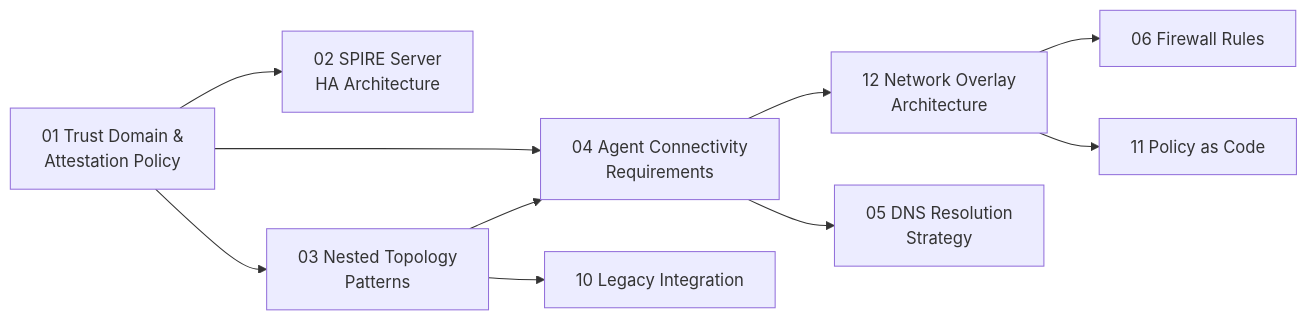
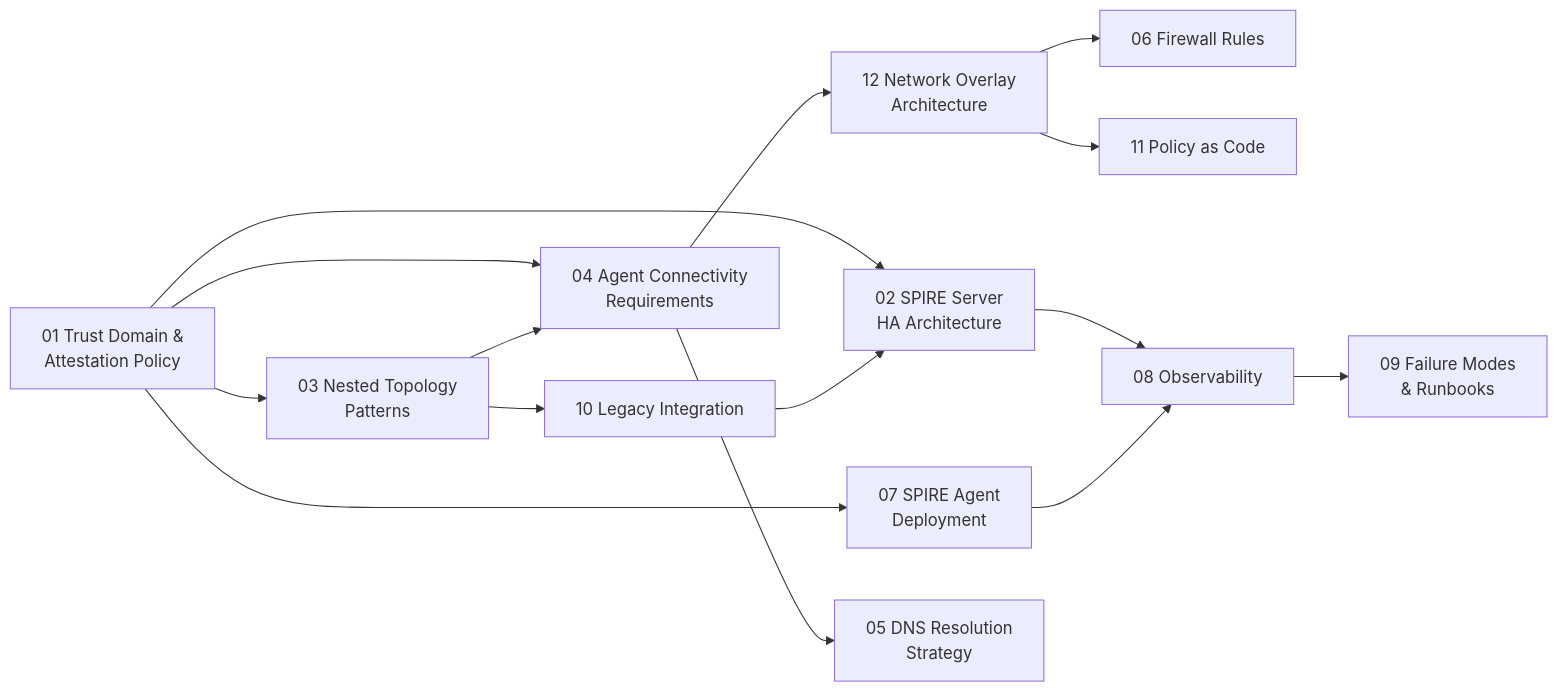
Before and after one commit to wingnut128/wa-docs: the diagram in docs/reading-order.md, drawn with Mermaid. The commit also changed other lines of this file and 21 other files, not shown here.

First line of the commit message:
Write full content for all reference architecture and PoC documents

````diff
--- a/docs/reading-order.md
+++ b/docs/reading-order.md
@@ -77,12 +77,17 @@
 ```mermaid
 graph LR
     A["01 Trust Domain &<br>Attestation Policy"] --> B["02 SPIRE Server<br>HA Architecture"]
     A --> C["03 Nested Topology<br>Patterns"]
     A --> D["04 Agent Connectivity<br>Requirements"]
+    A --> J["07 SPIRE Agent<br>Deployment"]
     C --> D
     D --> E["12 Network Overlay<br>Architecture"]
     E --> F["06 Firewall Rules"]
     E --> G["11 Policy as Code"]
     D --> H["05 DNS Resolution<br>Strategy"]
     C --> I["10 Legacy Integration"]
+    B --> K["08 Observability"]
+    J --> K
+    K --> L["09 Failure Modes<br>& Runbooks"]
+    I --> B
 ```
````
